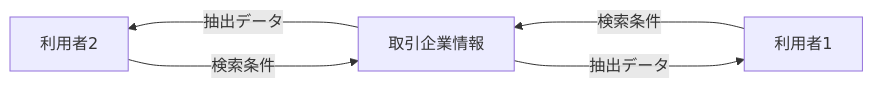
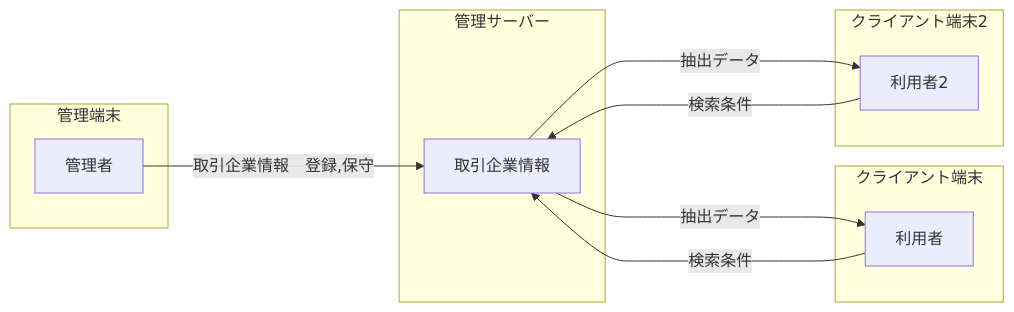
Before and after one commit to puratina1011/markdown_issue_prac: the diagram in 企業検索システム/システム全体図.md, drawn with Mermaid. The commit also changed other lines of this file, not shown here.

Commit message:
システム全体図

````diff
--- a/企業検索システム/システム全体図.md
+++ b/企業検索システム/システム全体図.md
@@ -2,8 +2,24 @@
 ```mermaid
-graph RL;
-利用者1---->|検索条件|取引企業情報;
-取引企業情報---->|抽出データ|利用者1;
+graph LR
+    subgraph 管理サーバー
+        取引企業情報
+    end
 
-利用者2---->|検索条件|取引企業情報;
-取引企業情報---->|抽出データ|利用者2;
+        subgraph クライアント端末
+        利用者
+    end
+
+            subgraph クライアント端末2
+        利用者2
+    end
+
+                subgraph 管理端末
+        管理者
+    end
+
+    利用者 -->|検索条件| 取引企業情報
+    取引企業情報---->|抽出データ|利用者;
+    利用者2 --> |検索条件|取引企業情報
+    取引企業情報---->|抽出データ|利用者2;
+    管理者 --> |取引企業情報　登録,保守|取引企業情報
 ```
````
